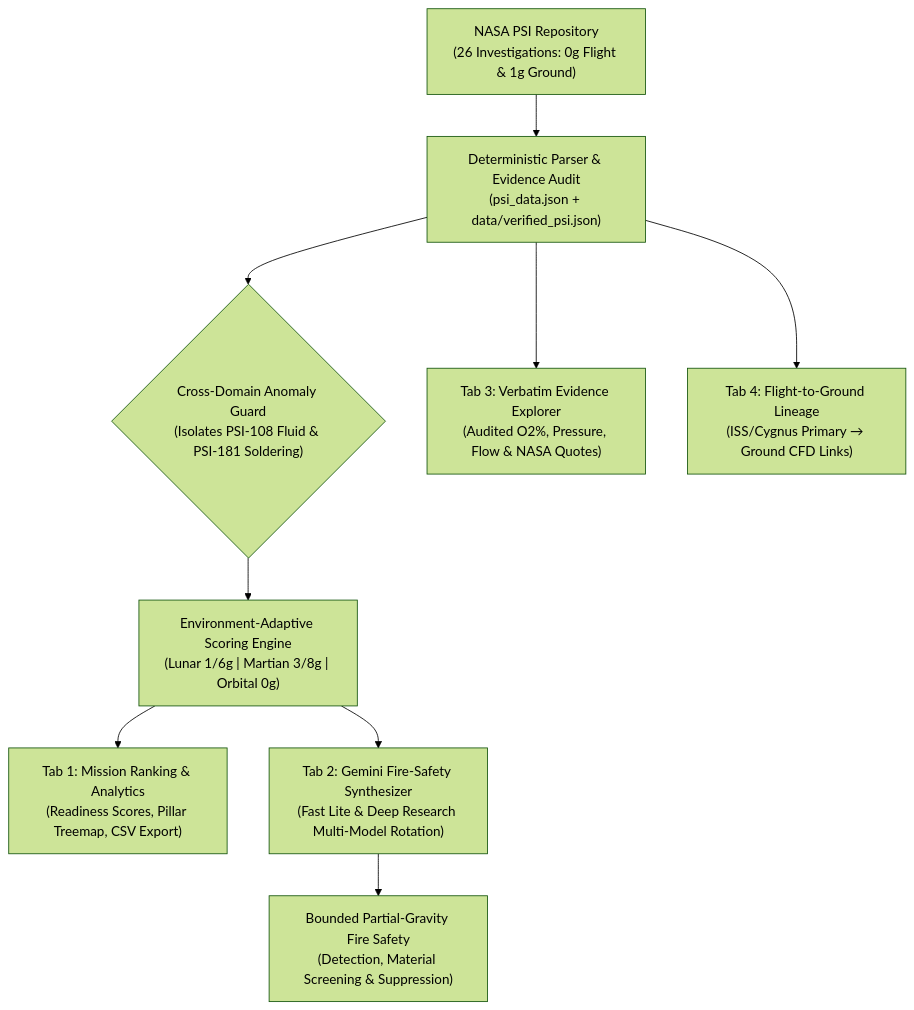
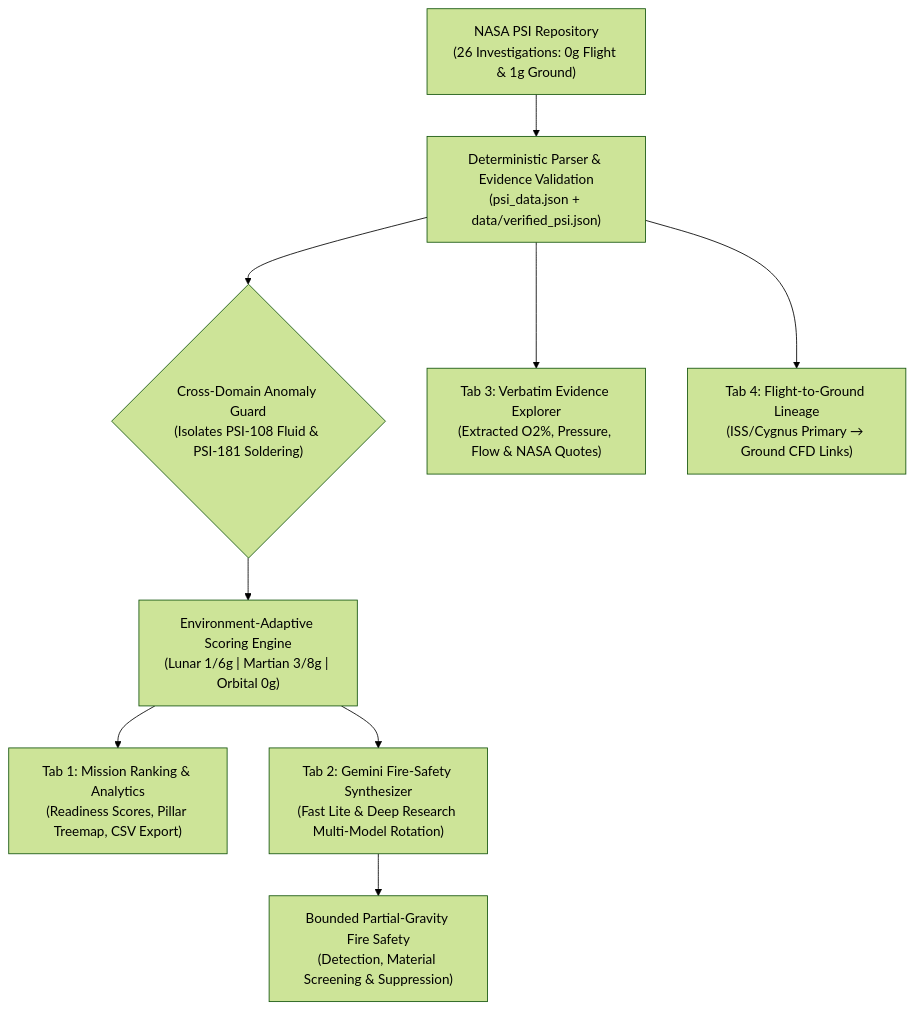
The diagram in README.md (taara-flame-in-freefall/taara-flame-in-freefall), drawn with Mermaid (forest theme) before and after one commit. The commit also changed other lines of this file and 6 other files, not shown here.

````diff
--- a/README.md
+++ b/README.md
@@ -20,11 +20,11 @@
 ```mermaid
 flowchart TD
-    A["NASA PSI Repository<br/>(26 Investigations: 0g Flight & 1g Ground)"] --> B["Deterministic Parser & Evidence Audit<br/>(psi_data.json + data/verified_psi.json)"]
+    A["NASA PSI Repository<br/>(26 Investigations: 0g Flight & 1g Ground)"] --> B["Deterministic Parser & Evidence Validation<br/>(psi_data.json + data/verified_psi.json)"]
     B --> C{"Cross-Domain Anomaly Guard<br/>(Isolates PSI-108 Fluid & PSI-181 Soldering)"}
     C --> D["Environment-Adaptive Scoring Engine<br/>(Lunar 1/6g | Martian 3/8g | Orbital 0g)"]
     D --> E["Tab 1: Mission Ranking & Analytics<br/>(Readiness Scores, Pillar Treemap, CSV Export)"]
     D --> F["Tab 2: Gemini Fire-Safety Synthesizer<br/>(Fast Lite & Deep Research Multi-Model Rotation)"]
-    B --> G["Tab 3: Verbatim Evidence Explorer<br/>(Audited O2%, Pressure, Flow & NASA Quotes)"]
+    B --> G["Tab 3: Verbatim Evidence Explorer<br/>(Extracted O2%, Pressure, Flow & NASA Quotes)"]
     B --> H["Tab 4: Flight-to-Ground Lineage<br/>(ISS/Cygnus Primary → Ground CFD Links)"]
     F --> I["Bounded Partial-Gravity Fire Safety<br/>(Detection, Material Screening & Suppression)"]
 ```
````
